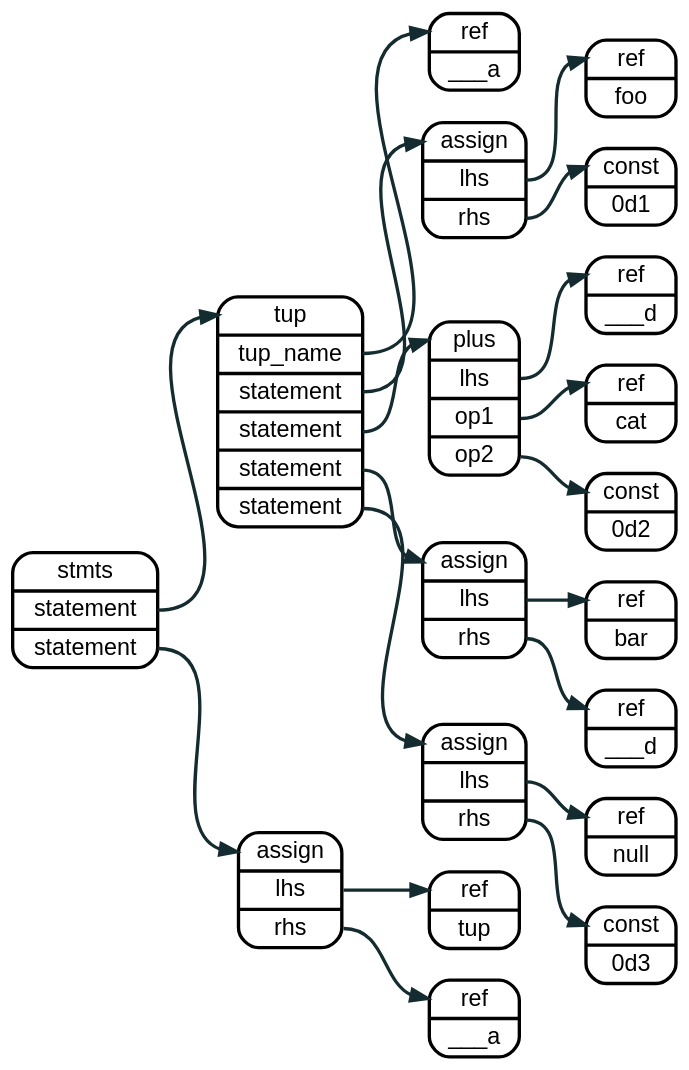
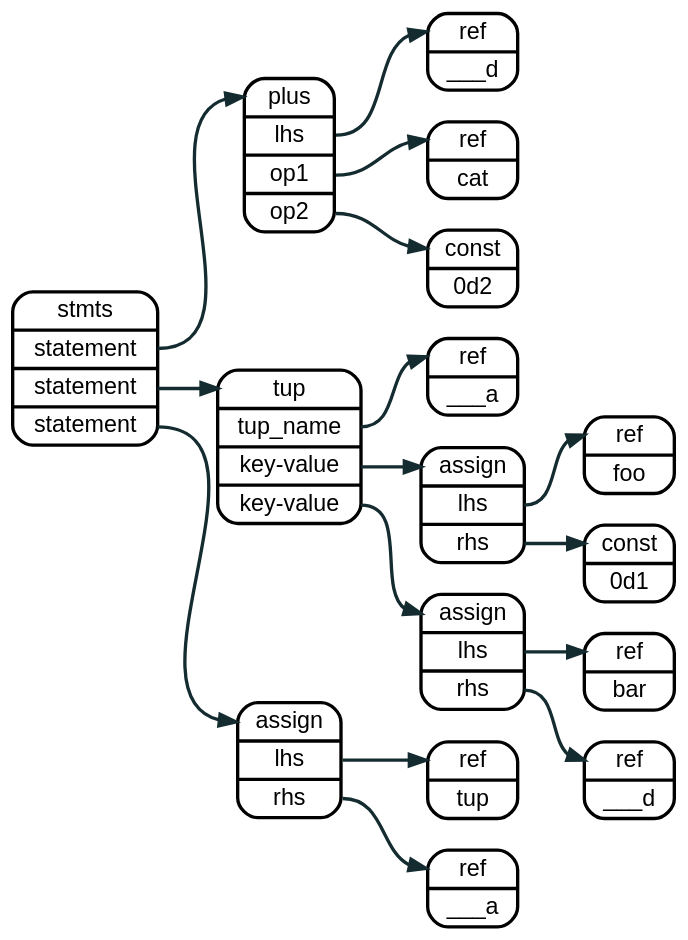
One commit to sakshi15108/lnast-doc changed the diagram in source/graphviz/tuple.dot. Above: the diagram before and after it, drawn with Graphviz. The commit also changed 4 other files, not shown here.

```diff
--- a/source/graphviz/tuple.dot
+++ b/source/graphviz/tuple.dot
@@ -1,62 +1,58 @@
 digraph assign {
   rankdir=LR
   bgcolor="transparent"
 
   node  [fontname = "helvetica", shape=record, style="rounded", penwidth = 2];
   edge  [fontname = "helvetica", color="#142b30", arrowhead="normal", penwidth = 2];
   graph [fontname = "helvetica"];
 
   
 
-  node_0 [label = "<a> stmts | <s1> statement | <s2> statement"];
-  node_1 [label = "<a> tup   | <n> tup_name | <s1> statement | <s2> statement |  <s3> statement | <s4> statement"]
+  node_0 [label = "<a> stmts | <s1> statement | <s2> statement | <s3> statement"];
 
+  node_5 [label = "<a> plus | <l> lhs | <r1> op1 | <r2> op2 "];
+  node_6 [label = "<a> ref   | <l> ___d"];
+  node_7 [label = "<a> ref   | <l> cat"];
+  node_8 [label = "<a> const   | <l> 0d2"];
+
+  node_1 [label = "<a> tup   | <n> tup_name | <kv1> key-value | <kv2> key-value"]
   node_1_1 [label = "<a> ref   | <l> ___a"];
 
   node_2 [label = "<a> assign | <l> lhs  | <r> rhs"];
   node_3 [label = "<a> ref   | <l> foo"];
   node_4 [label = "<a> const | <l> 0d1"];
 
-  node_5 [label = "<a> plus | <l> lhs | <r1> op1 | <r2> op2 "];
-  node_6 [label = "<a> ref   | <l> ___d"];
-  node_7 [label = "<a> ref   | <l> cat"];
-  node_8 [label = "<a> const   | <l> 0d2"];
-
   node_9 [label = "<a> assign | <l> lhs  | <r> rhs"];
   node_a [label = "<a> ref    | <l> bar"];
   node_b [label = "<a> ref    | <l> ___d"];
 
-  node_c [label = "<a> assign | <l> lhs  | <r> rhs"];
-  node_d [label = "<a> ref   | <l> null"];
-  node_e [label = "<a> const   | <l> 0d3"];
 
   node_f [label = "<a> assign | <l> lhs  | <r> rhs"];
   node_g [label = "<a> ref   | <l> tup"];
   node_h [label = "<a> ref   | <l> ___a"];
 
-  node_0:s1  -> node_1:a;
-  node_0:s2  -> node_f:a;
+  node_0:s1  -> node_5:a
+  node_0:s2  -> node_1:a;
+  node_0:s3  -> node_f:a;
+  
+
+  node_5:l  -> node_6:a;
+  node_5:r1 -> node_7:a;
+  node_5:r2 -> node_8:a;
+
 
   node_1:n  -> node_1_1:a;
-  node_1:s1 -> node_2:a;
-  node_1:s2 -> node_5:a;
-  node_1:s3 -> node_9:a;
-  node_1:s4 -> node_c:a;
+  node_1:kv1 -> node_2:a;
+  node_1:kv2 -> node_9:a;
 
   node_2:l -> node_3:a;
   node_2:r -> node_4:a;
   
-  node_5:l  -> node_6:a;
-  node_5:r1 -> node_7:a;
-  node_5:r2 -> node_8:a;
   
   node_9:l -> node_a:a;
   node_9:r -> node_b:a;
-
-  node_c:l -> node_d:a;
-  node_c:r -> node_e:a;
 
   node_f:l -> node_g:a;
   node_f:r -> node_h:a;
 
 }
```
